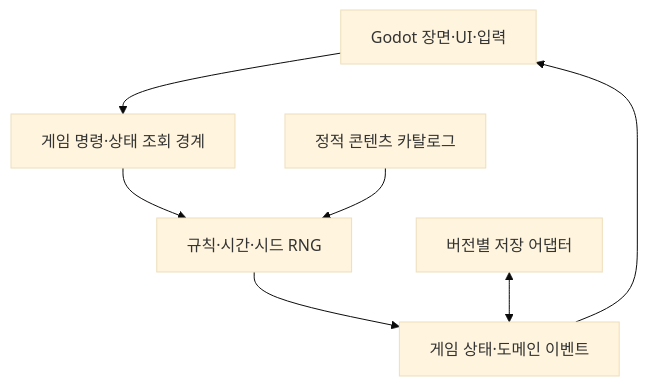
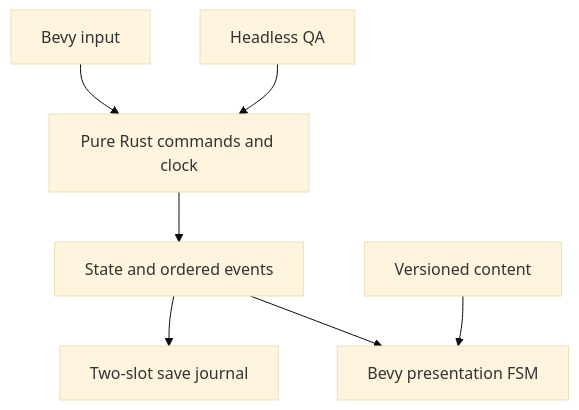
One commit to milocosmopolitan/little-forge changed the diagram in ARCHITECTURE.md. Above: the diagram before and after it, drawn with Mermaid (base theme). The commit also changed other lines of this file and 32 other files, not shown here.

````diff
--- a/ARCHITECTURE.md
+++ b/ARCHITECTURE.md
@@ -24,9 +15,9 @@
 ```mermaid
 flowchart TD
-    UI["Godot 장면·UI·입력"] --> APP["게임 명령·상태 조회 경계"]
-    APP --> DOMAIN["규칙·시간·시드 RNG"]
-    DOMAIN --> STATE["게임 상태·도메인 이벤트"]
-    STATE --> UI
-    SAVE["버전별 저장 어댑터"] <--> STATE
-    DATA["정적 콘텐츠 카탈로그"] --> DOMAIN
+    Input["Bevy input"] --> Core["Pure Rust commands and clock"]
+    Core --> State["State and ordered events"]
+    State --> Save["Two-slot save journal"]
+    State --> Scene["Bevy presentation FSM"]
+    Catalog["Versioned content"] --> Scene
+    QA["Headless QA"] --> Core
 ```
````
